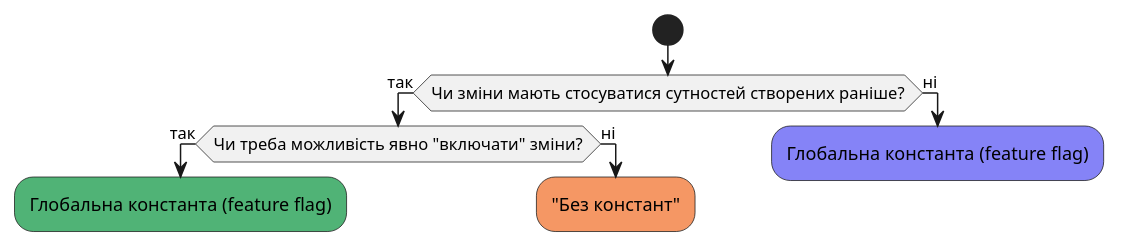
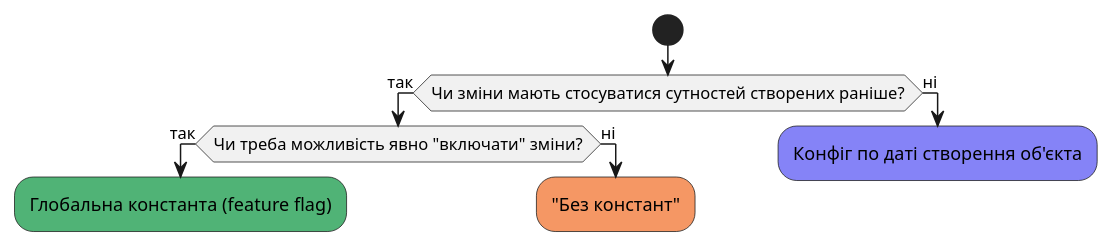
The diagram in docs/source/developers/projects/cdb/diagrams/config_choice.puml (ProzorroUKR/openprocurement.api), drawn with PlantUML before and after one commit. The commit also changed 1 other file, not shown here.

Commit message:
fix constants choice diagram

```diff
--- a/docs/source/developers/projects/cdb/diagrams/config_choice.puml
+++ b/docs/source/developers/projects/cdb/diagrams/config_choice.puml
@@ -1,19 +1,19 @@
 @startuml
 start
 
 
 if (Чи зміни мають стосуватися сутностей створених раніше?) then (так)
 
     if (Чи треба можливість явно "включати" зміни?) then (так)
         #50b376 :Глобальна константа (feature flag);
 
     else (ні)
         #f59764 :"Без констант";
     endif
 else (ні)
-    #8583f7 :Глобальна константа (feature flag);
+    #8583f7 :Конфіг по даті створення об'єкта;
 endif
 
 detach
 
 @enduml
```
